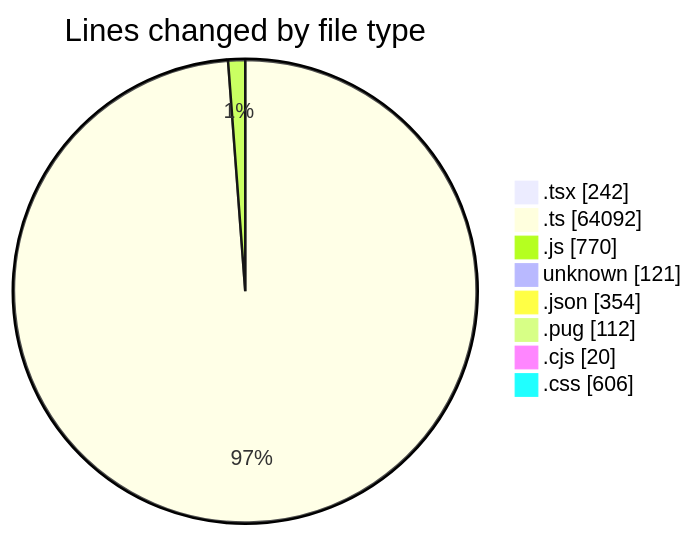
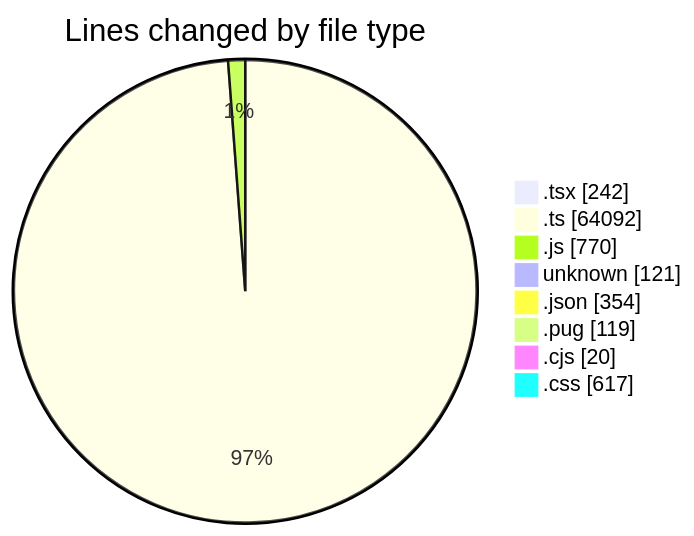
One commit to momahboobian/code-tracking changed the first of 2 diagrams in 2026-06-01/cda/README.md. Above: the diagram before and after it, drawn with Mermaid. The commit also changed other lines of this file and 1 other file, not shown here.

````diff
--- a/2026-06-01/cda/README.md
+++ b/2026-06-01/cda/README.md
@@ -69,12 +69,12 @@
 ```mermaid
 pie showData
 title Lines changed by file type
 ".tsx" : 242
 ".ts" : 64092
 ".js" : 770
 "unknown" : 121
 ".json" : 354
-".pug" : 112
+".pug" : 119
 ".cjs" : 20
-".css" : 606
+".css" : 617
 ```
````
